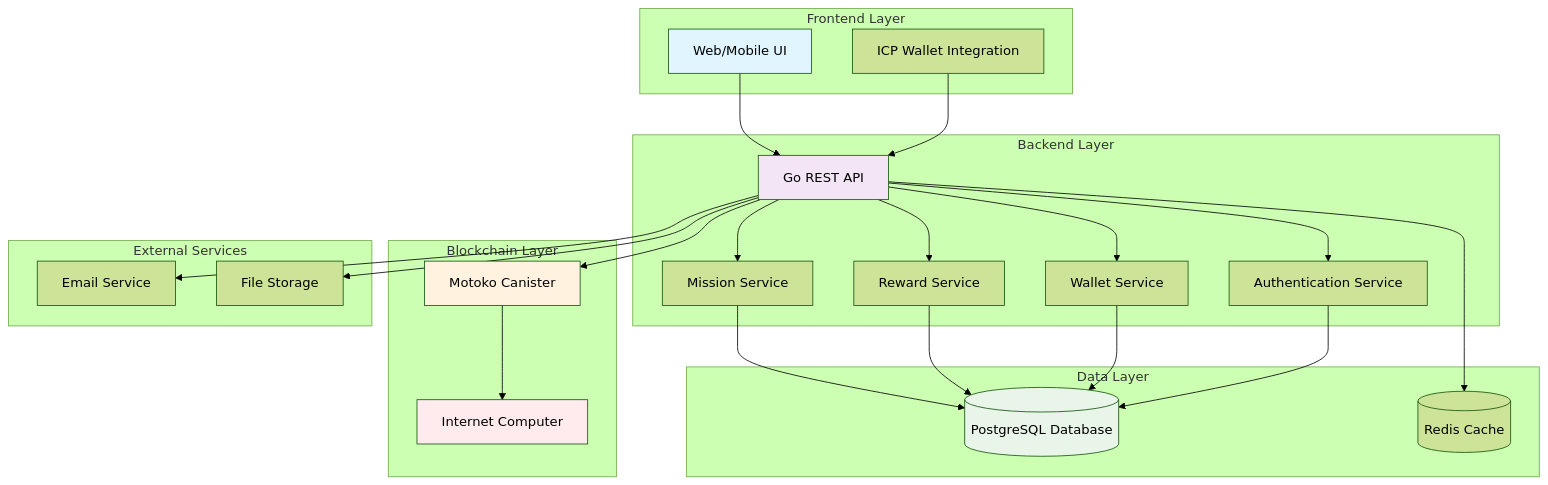
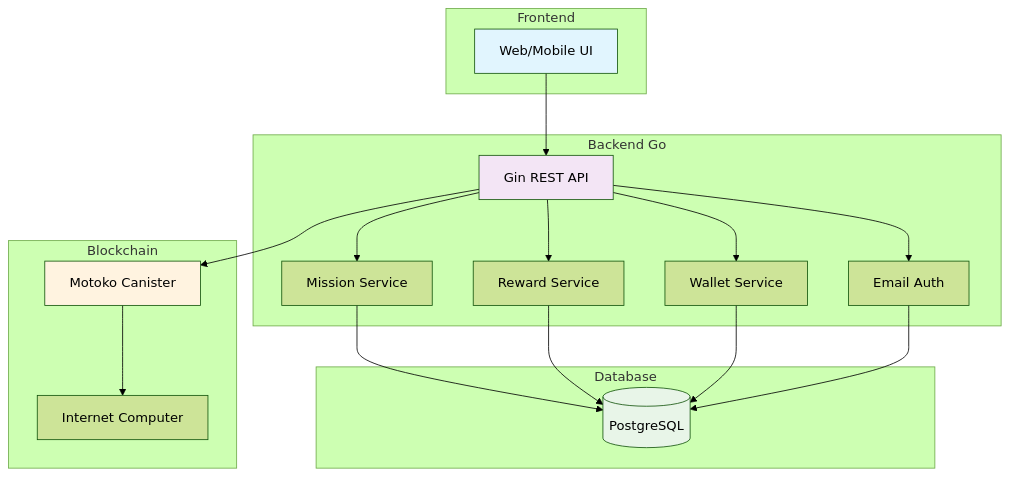
The first of 6 diagrams in docs/SYSTEM_DESIGN.md (jurus-macul/pedulicarbon), drawn with Mermaid (forest theme) before and after one commit. The commit also changed other lines of this file and 2 other files, not shown here.

````diff
--- a/docs/SYSTEM_DESIGN.md
+++ b/docs/SYSTEM_DESIGN.md
@@ -9,56 +9,42 @@
 ```mermaid
 graph TB
-    subgraph "Frontend Layer"
+    subgraph "Frontend"
         UI[Web/Mobile UI]
-        Wallet[ICP Wallet Integration]
     end
     
-    subgraph "Backend Layer"
-        API[Go REST API]
-        Auth[Authentication Service]
+    subgraph "Backend Go"
+        API[Gin REST API]
+        Auth[Email Auth]
         MissionSvc[Mission Service]
         RewardSvc[Reward Service]
         WalletSvc[Wallet Service]
     end
     
-    subgraph "Data Layer"
-        DB[(PostgreSQL Database)]
-        Cache[(Redis Cache)]
+    subgraph "Database"
+        DB[(PostgreSQL)]
     end
     
-    subgraph "Blockchain Layer"
+    subgraph "Blockchain"
         Motoko[Motoko Canister]
         ICP[Internet Computer]
     end
     
-    subgraph "External Services"
-        Email[Email Service]
-        Storage[File Storage]
-    end
-    
     UI --> API
-    Wallet --> API
     API --> Auth
     API --> MissionSvc
     API --> RewardSvc
     API --> WalletSvc
     
     MissionSvc --> DB
     RewardSvc --> DB
     WalletSvc --> DB
     Auth --> DB
     
-    API --> Cache
-    
     API --> Motoko
     Motoko --> ICP
-    
-    API --> Email
-    API --> Storage
     
     style UI fill:#e1f5fe
     style API fill:#f3e5f5
     style DB fill:#e8f5e8
     style Motoko fill:#fff3e0
-    style ICP fill:#ffebee
 ```
````
